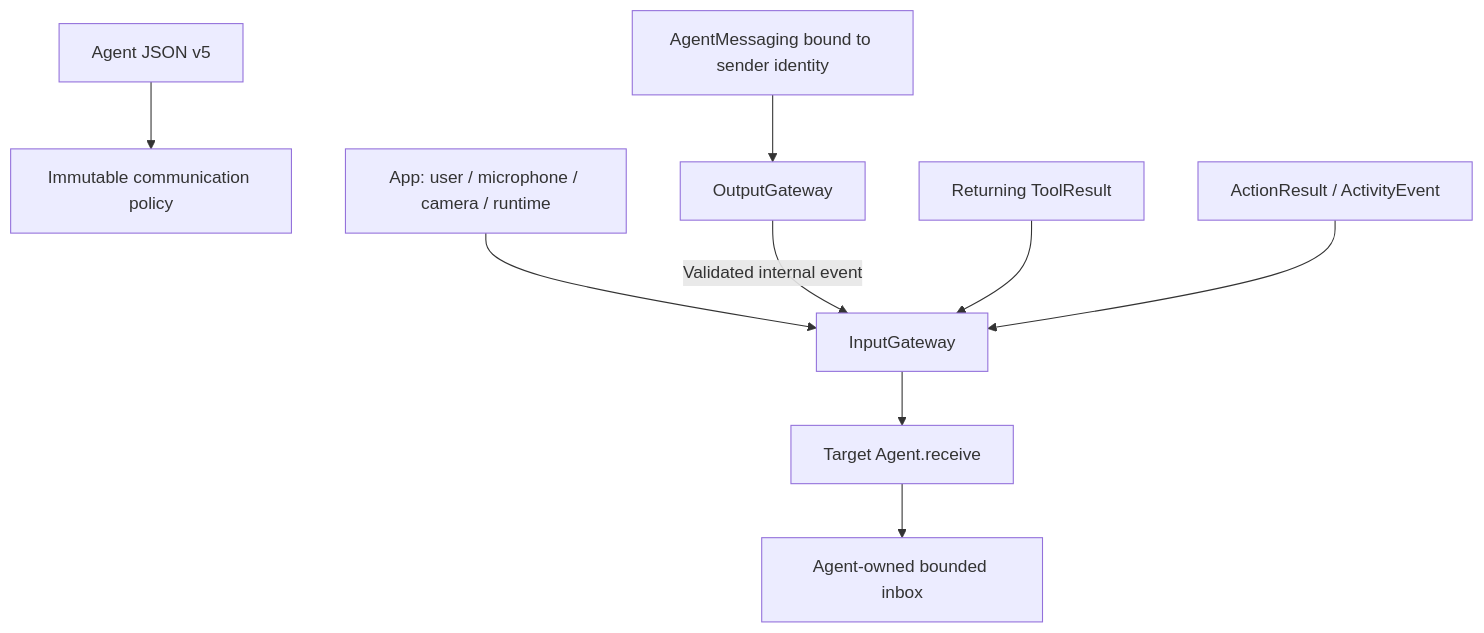
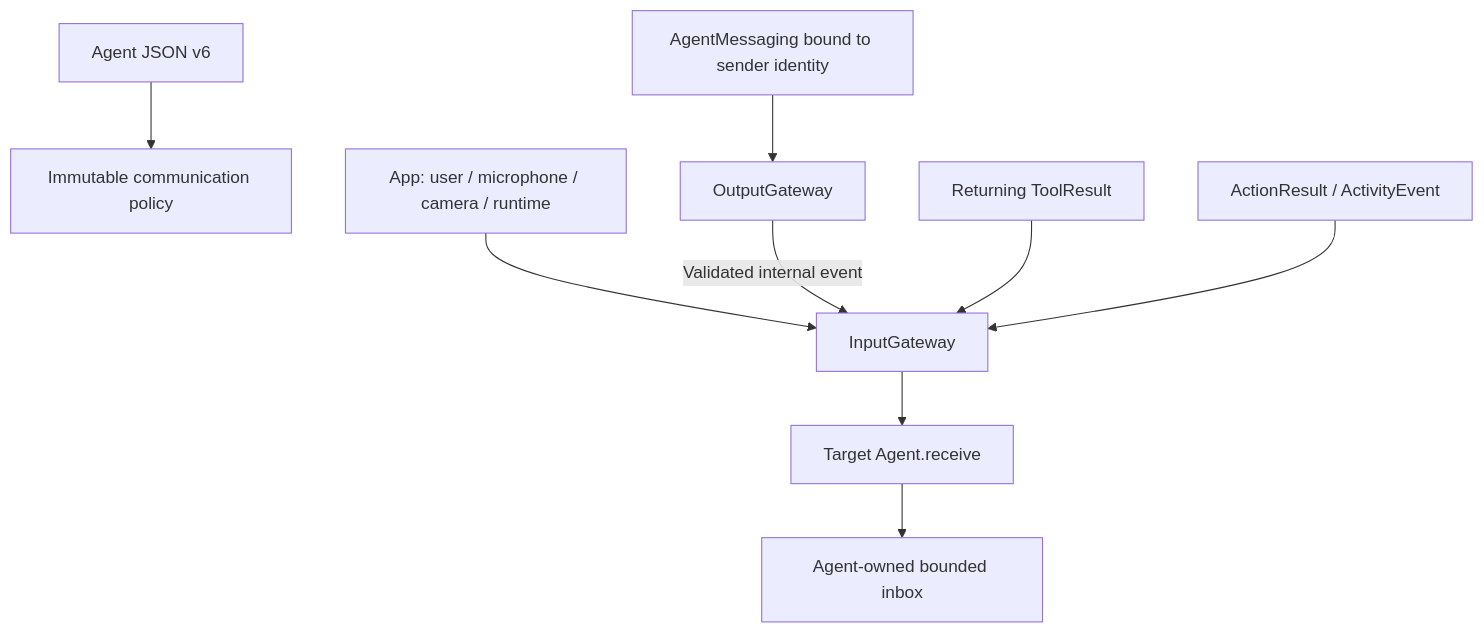
The fifth of 15 diagrams in MobileHarness/README.md (devilyouwei/MobileHarness), drawn with Mermaid before and after one commit. The commit also changed other lines of this file and 238 other files, not shown here.

````diff
--- a/MobileHarness/README.md
+++ b/MobileHarness/README.md
@@ -361,11 +349,11 @@
 ```mermaid
 flowchart TD
-    Config[Agent JSON v5] --> Policy[Immutable communication policy]
+    Config[Agent JSON v6] --> Policy[Immutable communication policy]
     External[App: user / microphone / camera / runtime] --> Input[InputGateway]
     Sender[AgentMessaging bound to sender identity] --> Output[OutputGateway]
     Output -->|Validated internal event| Input
     Tool[Returning ToolResult] --> Input
     Runtime[ActionResult / ActivityEvent] --> Input
     Input --> Target[Target Agent.receive]
     Target --> Inbox[Agent-owned bounded inbox]
 ```
````
